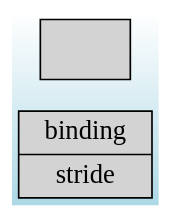
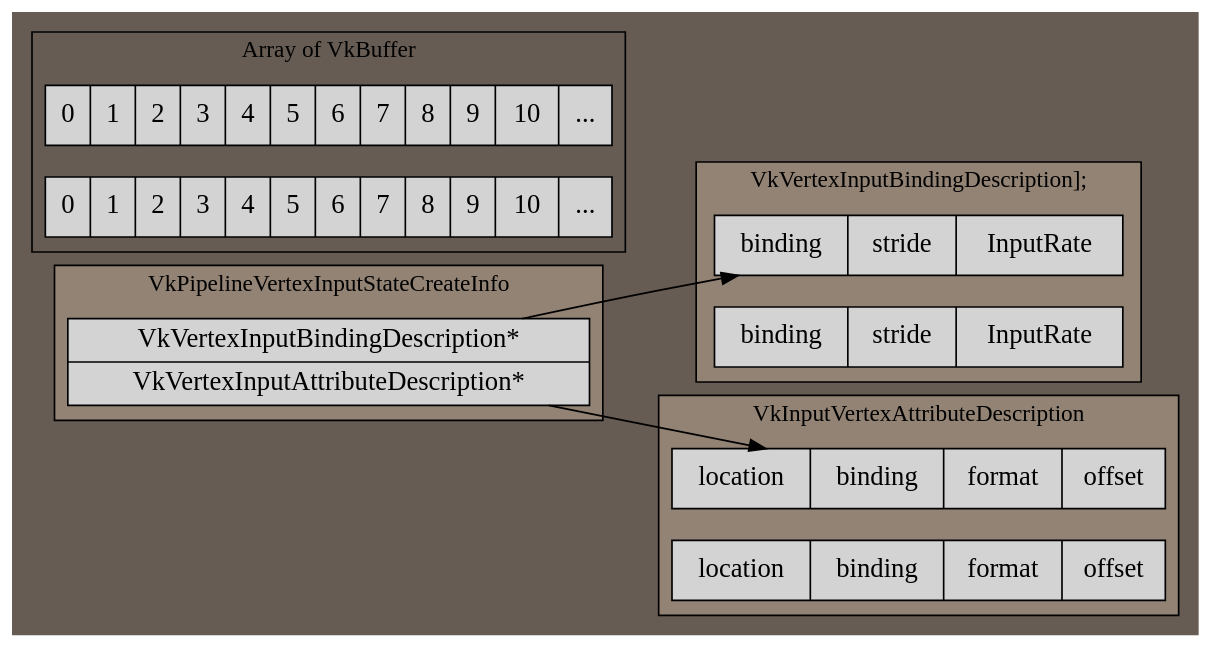
The seventh of 7 diagrams in graphics/vulkan/Overview.md (yslib/mynotes), drawn with Graphviz before and after one commit. The commit also changed other lines of this file and 1 other file, not shown here.

````diff
--- a/graphics/vulkan/Overview.md
+++ b/graphics/vulkan/Overview.md
@@ -328,27 +328,50 @@
 ```dot
 digraph g {
 
 rankdir = "LR"
 graph [
 rankdir = "LR"
-bgcolor = "white:lightblue"
+bgcolor="#665c54"
 style="filled"
-gradientangle = 270];
+];
 node [
 fontsize = "16"
-shape = "ellipse"
 style="filled"
 gradientangle=90
 ];
 edge [
 ];
+subgraph cluster0
+{
+label="VkPipelineVertexInputStateCreateInfo"
+bgcolor="#928374"
+"node2" [label=" VkVertexInputBindingDescription* | VkVertexInputAttributeDescription* " shape= "record"];
+}
+subgraph cluster1
+{
+bgcolor="#928374"
+label = "VkVertexInputBindingDescription];"
+"c11"[ label = "{<b1>binding| stride | InputRate}" shape = "record"]
+"c12"[ label = "{<b2>binding| stride | InputRate}" shape = "record"]
+}
+subgraph cluster2
+{
+bgcolor="#928374"
+"c21"[label="{location | binding | format | offset}" shape="record"]
+"c22"[label="{location | binding | format | offset}" shape="record"]
+label="VkInputVertexAttributeDescription"
+}
 
-"node0" [
-label = "<n0>binding|<n1>stride"
-shape = "record"
-];
-"node1"[label="" shape="record"]
+node2->c11
+node2->c21
+
+subgraph cluster_buffer{
+  label="Array of VkBuffer"
+"buffer0"[label="{<f0> 0|<f1> 1|<f2> 2|<f3> 3 |<f4> 4 | <f5> 5 | <f6> 6 | <f7> 7 | <f8> 8 | <f9> 9 | <f10> 10 | <f11>...}" shape="record"]
+"buffer1"[label="{<f0> 0|<f1> 1|<f2> 2|<f3> 3 |<f4> 4 | <f5> 5 | <f6> 6 | <f7> 7 | <f8> 8 | <f9> 9 | <f10> 10 | <f11>...}" shape="record"]
+}
+
 
 }
 
 ```
````
